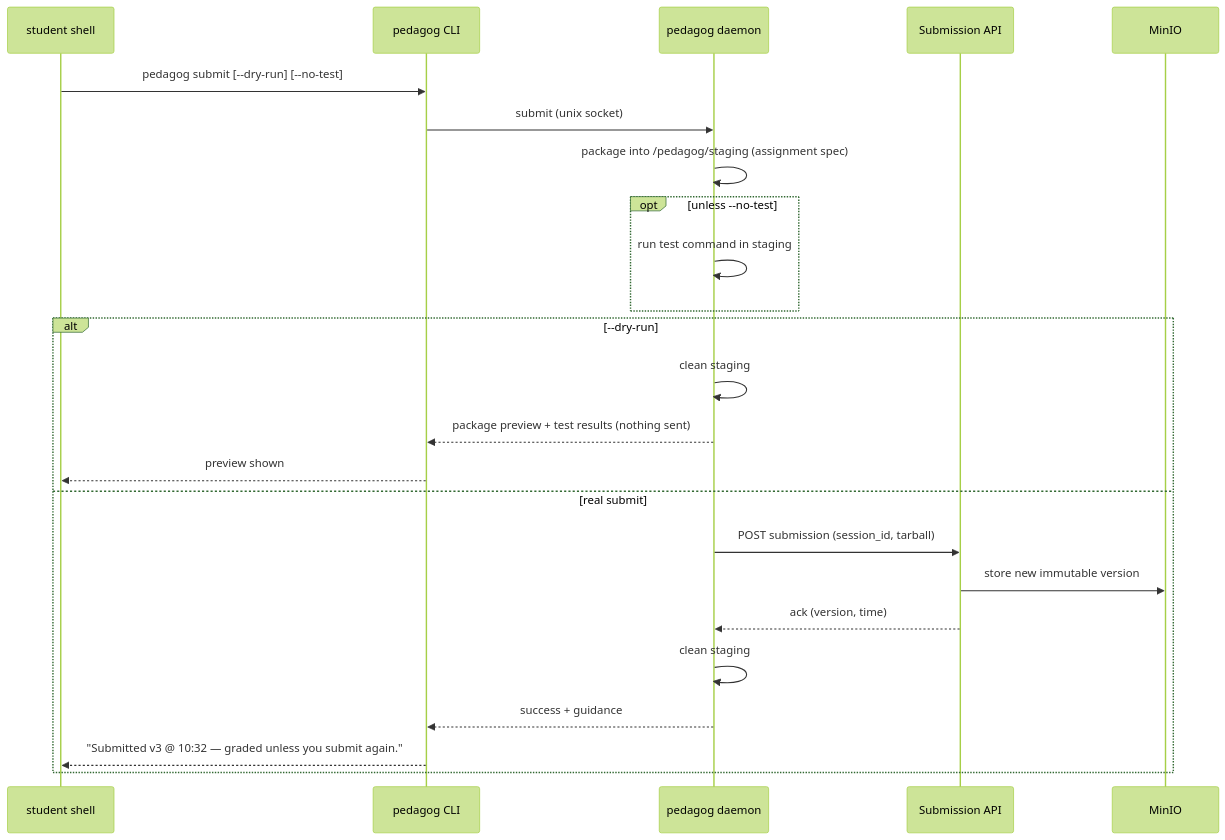
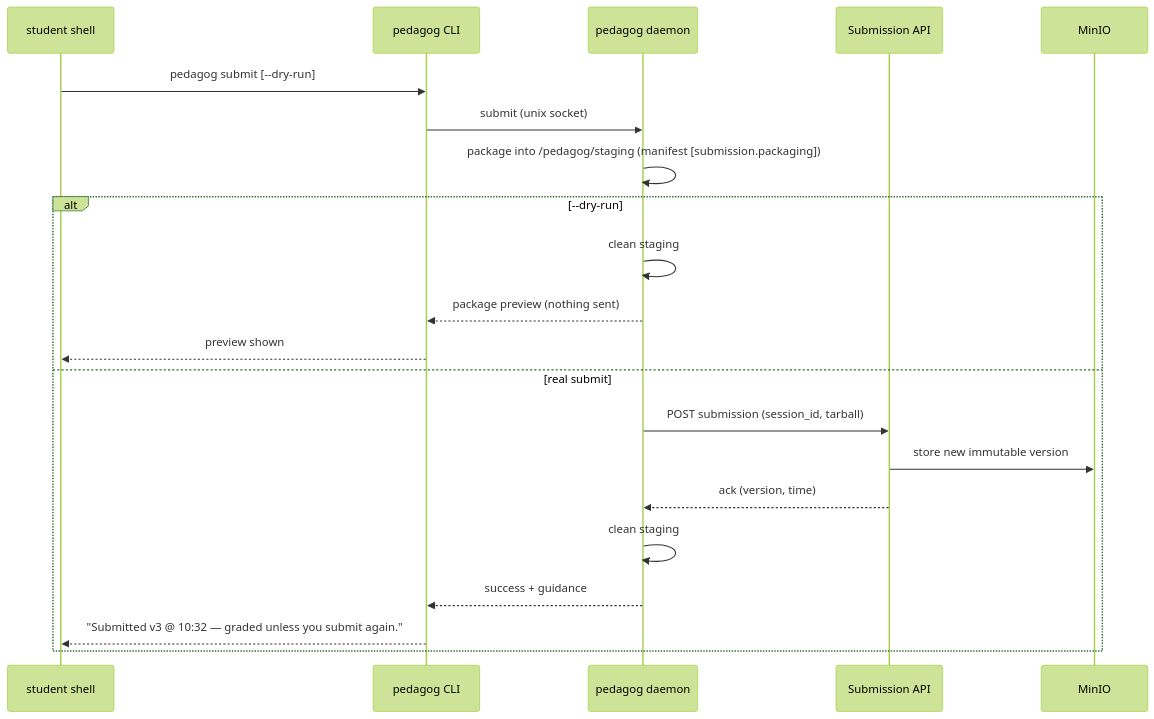
One commit to pedagog-org/pedagog changed the sixth of 9 diagrams in docs/02-design-exam-system.md. Above: the diagram before and after it, drawn with Mermaid (forest theme). The commit also changed other lines of this file and 2 other files, not shown here.

````diff
--- a/docs/02-design-exam-system.md
+++ b/docs/02-design-exam-system.md
@@ -399,26 +403,23 @@
 ```mermaid
 sequenceDiagram
   participant ST as student shell
   participant CLI as pedagog CLI
   participant D as pedagog daemon
   participant API as Submission API
   participant M as MinIO
-  ST->>CLI: pedagog submit [--dry-run] [--no-test]
+  ST->>CLI: pedagog submit [--dry-run]
   CLI->>D: submit (unix socket)
-  D->>D: package into /pedagog/staging (assignment spec)
-  opt unless --no-test
-    D->>D: run test command in staging
-  end
+  D->>D: package into /pedagog/staging (manifest [submission.packaging])
   alt --dry-run
     D->>D: clean staging
-    D-->>CLI: package preview + test results (nothing sent)
+    D-->>CLI: package preview (nothing sent)
     CLI-->>ST: preview shown
   else real submit
     D->>API: POST submission (session_id, tarball)
     API->>M: store new immutable version
     API-->>D: ack (version, time)
     D->>D: clean staging
     D-->>CLI: success + guidance
     CLI-->>ST: "Submitted v3 @ 10:32 — graded unless you submit again."
   end
 ```
````
